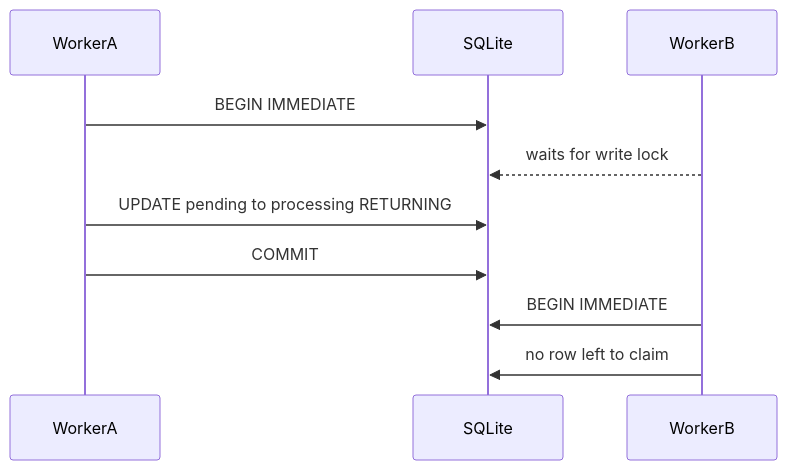
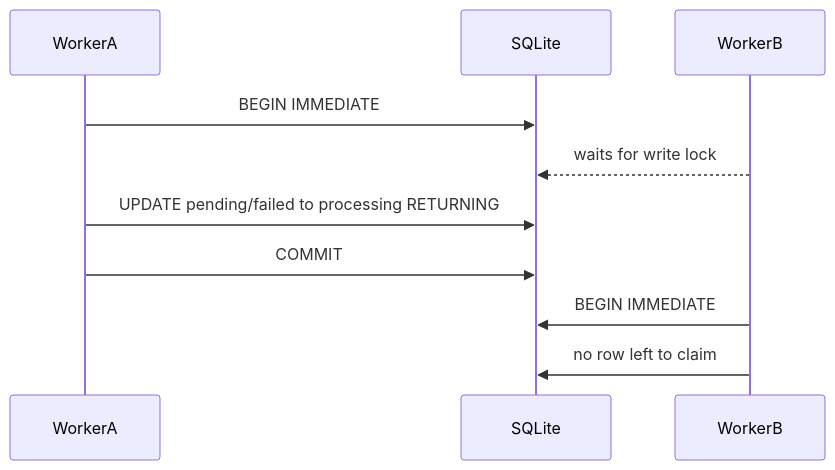
Before and after one commit to tejash05/queuectl: the ninth of 10 diagrams in README.md, drawn with Mermaid. The commit also changed other lines of this file and 25 other files, not shown here.

````diff
--- a/README.md
+++ b/README.md
@@ -296,13 +316,13 @@
 ```mermaid
 sequenceDiagram
   participant A as WorkerA
   participant DB as SQLite
   participant B as WorkerB
 
   A->>DB: BEGIN IMMEDIATE
   B-->>DB: waits for write lock
-  A->>DB: UPDATE pending to processing RETURNING
+  A->>DB: UPDATE pending/failed to processing RETURNING
   A->>DB: COMMIT
   B->>DB: BEGIN IMMEDIATE
   B->>DB: no row left to claim
 ```
````
